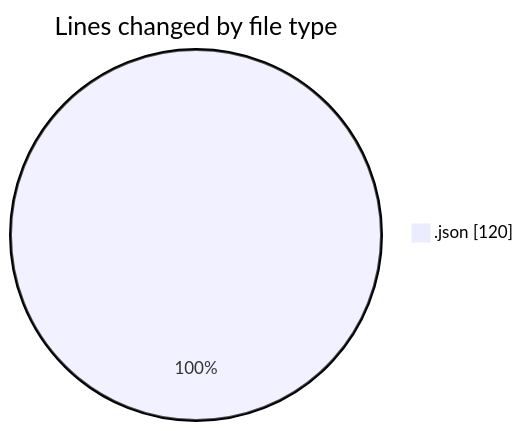
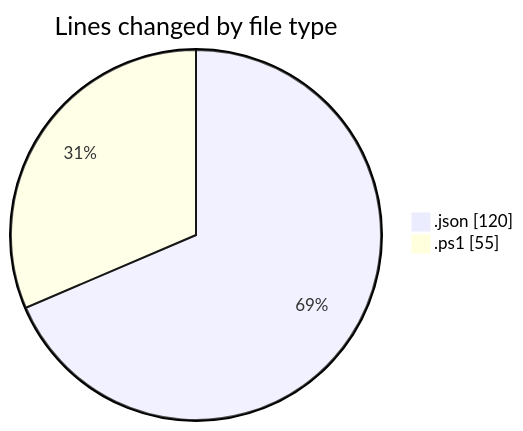
Before and after one commit to ahmedfadelnemo-del/code-tracking: the first of 2 diagrams in 2026-02-08/new_folder__4_/README.md, drawn with Mermaid. The commit also changed other lines of this file and 1 other file, not shown here.

````diff
--- a/2026-02-08/new_folder__4_/README.md
+++ b/2026-02-08/new_folder__4_/README.md
@@ -22,5 +23,6 @@
 ```mermaid
 pie showData
 title Lines changed by file type
 ".json" : 120
+".ps1" : 55
 ```
````
